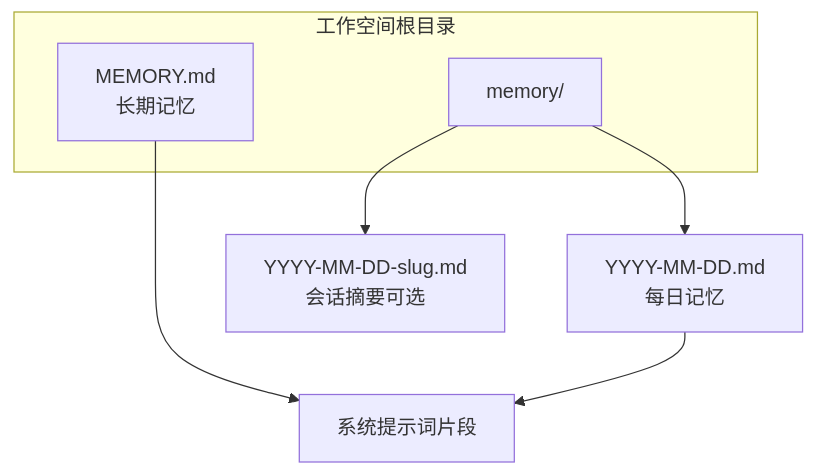
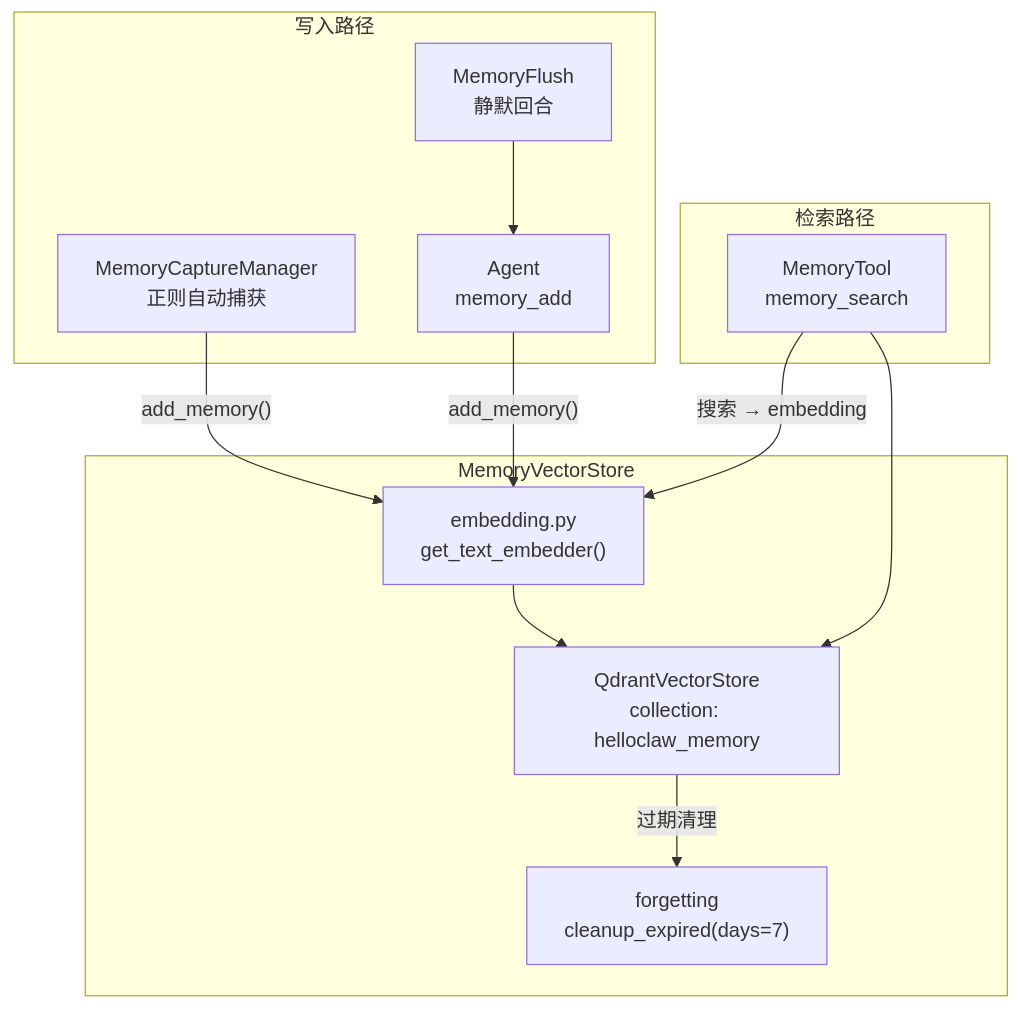
One commit to promisestar/MyClaw changed the first of 5 diagrams in docs/Memory实现与功能说明.md. Above: the diagram before and after it, drawn with Mermaid. The commit also changed other lines of this file and 14 other files, not shown here.

````diff
--- a/docs/Memory实现与功能说明.md
+++ b/docs/Memory实现与功能说明.md
@@ -33,11 +72,26 @@
 ```mermaid
 flowchart TB
-    subgraph ws["工作空间根目录"]
-        M["MEMORY.md<br/>长期记忆"]
-        MP["memory/"]
+    subgraph Store["MemoryVectorStore"]
+        EMB["embedding.py<br/>get_text_embedder()"]
+        QD["QdrantVectorStore<br/>collection: helloclaw_memory"]
+        FG["forgetting<br/>cleanup_expired(days=7)"]
     end
-    MP --> D["YYYY-MM-DD.md<br/>每日记忆"]
-    MP --> S["YYYY-MM-DD-slug.md<br/>会话摘要可选"]
-    M --> SP["系统提示词片段"]
-    D --> SP
+
+    subgraph Write["写入路径"]
+        CAP["MemoryCaptureManager<br/>正则自动捕获"]
+        AGT["Agent<br/>memory_add"]
+        FLUSH["MemoryFlush<br/>静默回合"]
+    end
+
+    subgraph Read["检索路径"]
+        TOOL["MemoryTool<br/>memory_search"]
+    end
+
+    CAP -->|"add_memory()"| EMB
+    AGT -->|"add_memory()"| EMB
+    FLUSH --> AGT
+    EMB --> QD
+    TOOL -->|"搜索 → embedding"| EMB
+    TOOL --> QD
+    QD -->|"过期清理"| FG
 ```
````
